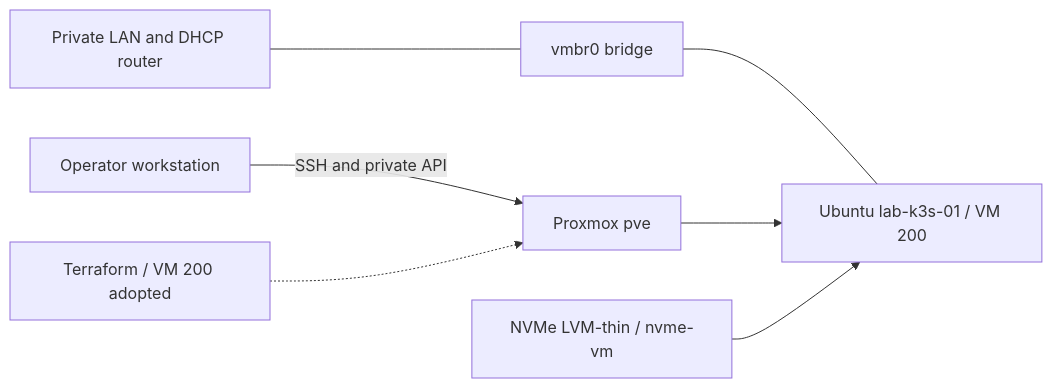
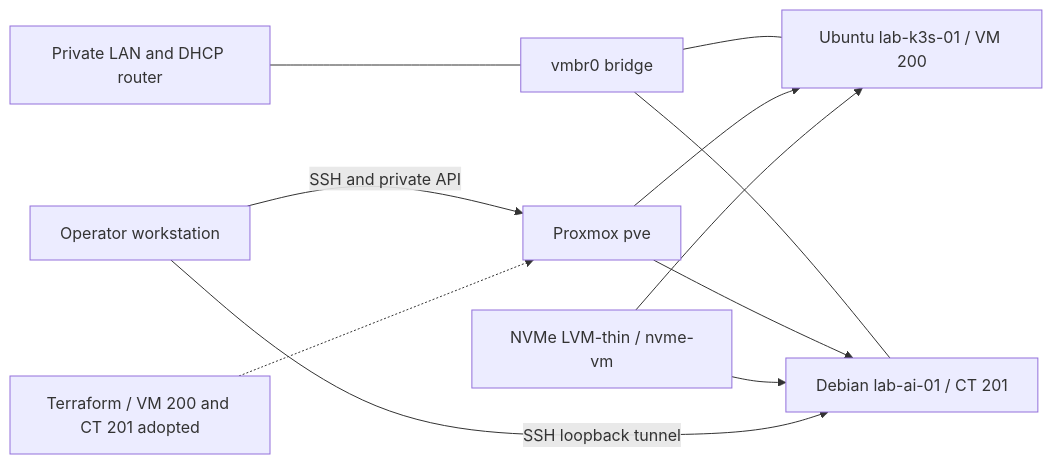
Before and after one commit to atasenkeremdev/enterprise-platform-lab: the diagram in README.md, drawn with Mermaid. The commit also changed other lines of this file and 15 other files, not shown here.

````diff
--- a/README.md
+++ b/README.md
@@ -32,9 +33,13 @@
 ```mermaid
 flowchart LR
     Operator[Operator workstation] -->|SSH and private API| PVE[Proxmox pve]
     LAN[Private LAN and DHCP router] --- Bridge[vmbr0 bridge]
     Bridge --- VM[Ubuntu lab-k3s-01 / VM 200]
     PVE --> VM
+    Bridge --- AI[Debian lab-ai-01 / CT 201]
+    PVE --> AI
+    NVMe --> AI
+    Operator -->|SSH loopback tunnel| AI
     NVMe[NVMe LVM-thin / nvme-vm] --> VM
-    TF[Terraform / VM 200 adopted] -.-> PVE
+    TF[Terraform / VM 200 and CT 201 adopted] -.-> PVE
 ```
````
